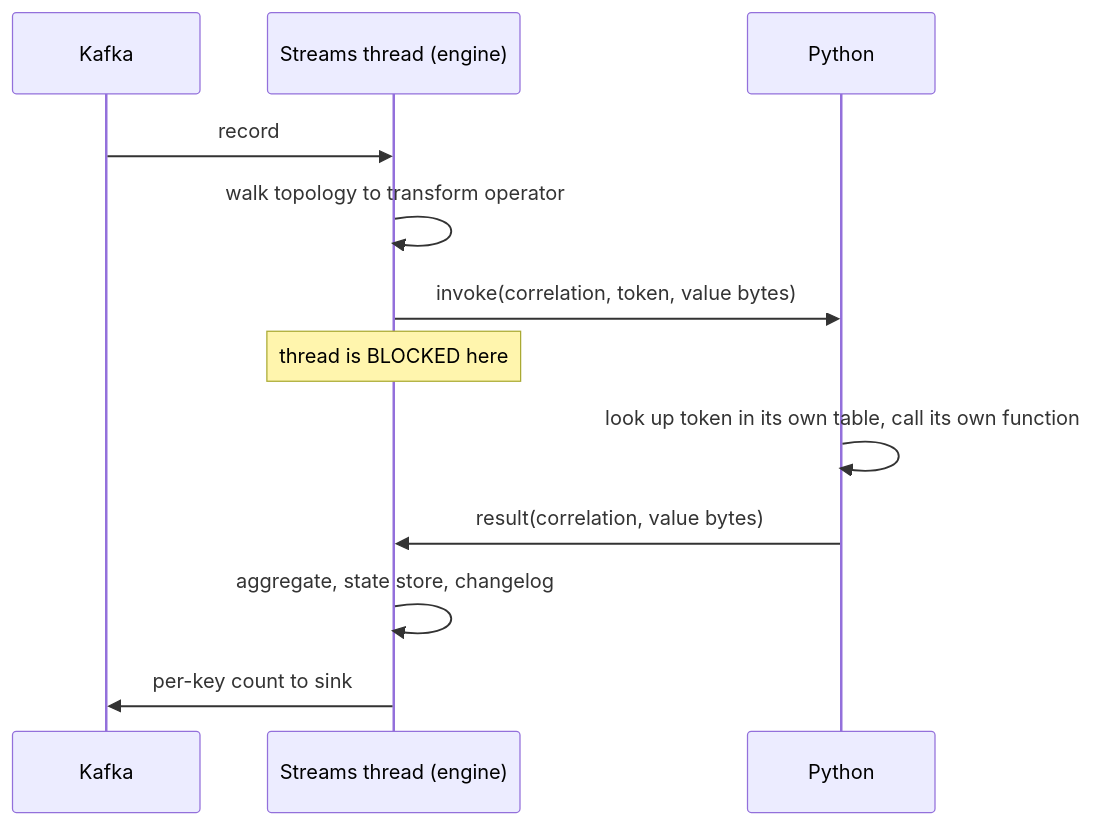
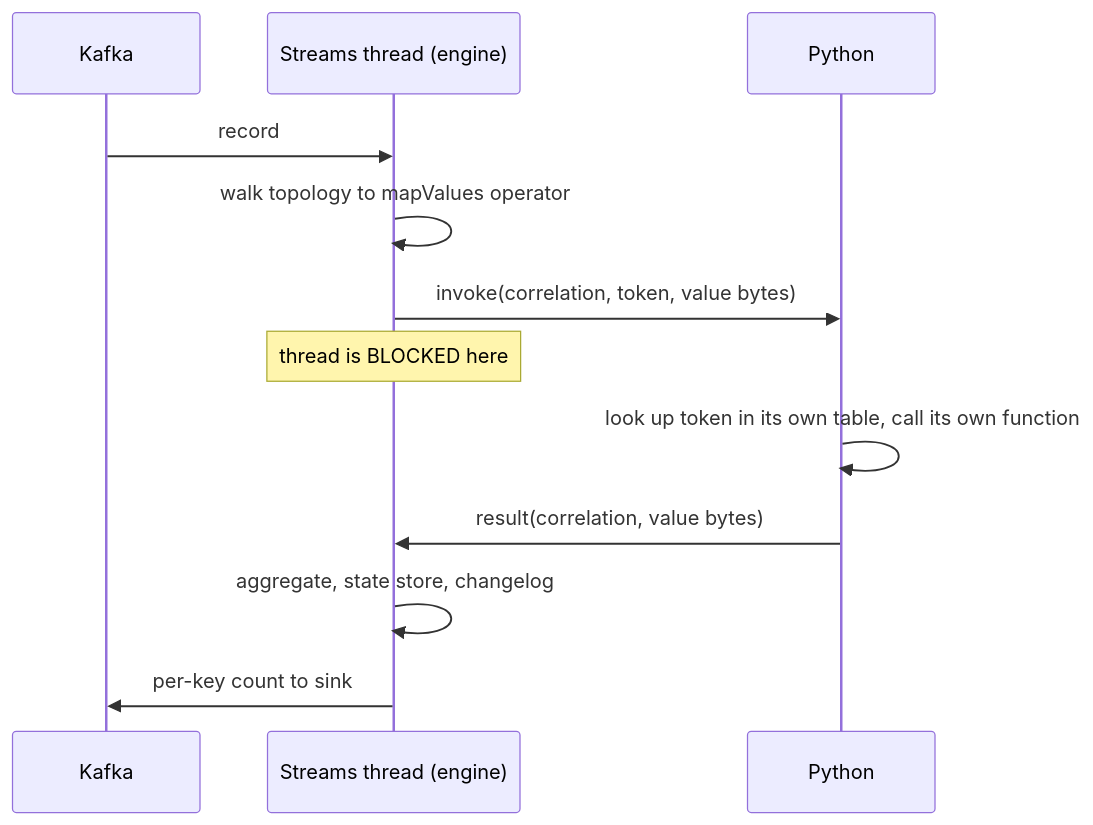
One commit to astubbs/parallel-consumer changed the diagram in docs/plans/2026-08-22-002-feat-kafka-streams-foreign-wrappers-plan.md. Above: the diagram before and after it, drawn with Mermaid. The commit also changed other lines of this file, not shown here.

````diff
--- a/docs/plans/2026-08-22-002-feat-kafka-streams-foreign-wrappers-plan.md
+++ b/docs/plans/2026-08-22-002-feat-kafka-streams-foreign-wrappers-plan.md
@@ -94,14 +102,14 @@
 ```mermaid
 sequenceDiagram
     participant K as Kafka
     participant S as Streams thread (engine)
     participant P as Python
     K->>S: record
-    S->>S: walk topology to transform operator
+    S->>S: walk topology to mapValues operator
     S->>P: invoke(correlation, token, value bytes)
     Note over S: thread is BLOCKED here
     P->>P: look up token in its own table, call its own function
     P->>S: result(correlation, value bytes)
     S->>S: aggregate, state store, changelog
     S->>K: per-key count to sink
 ```
````
